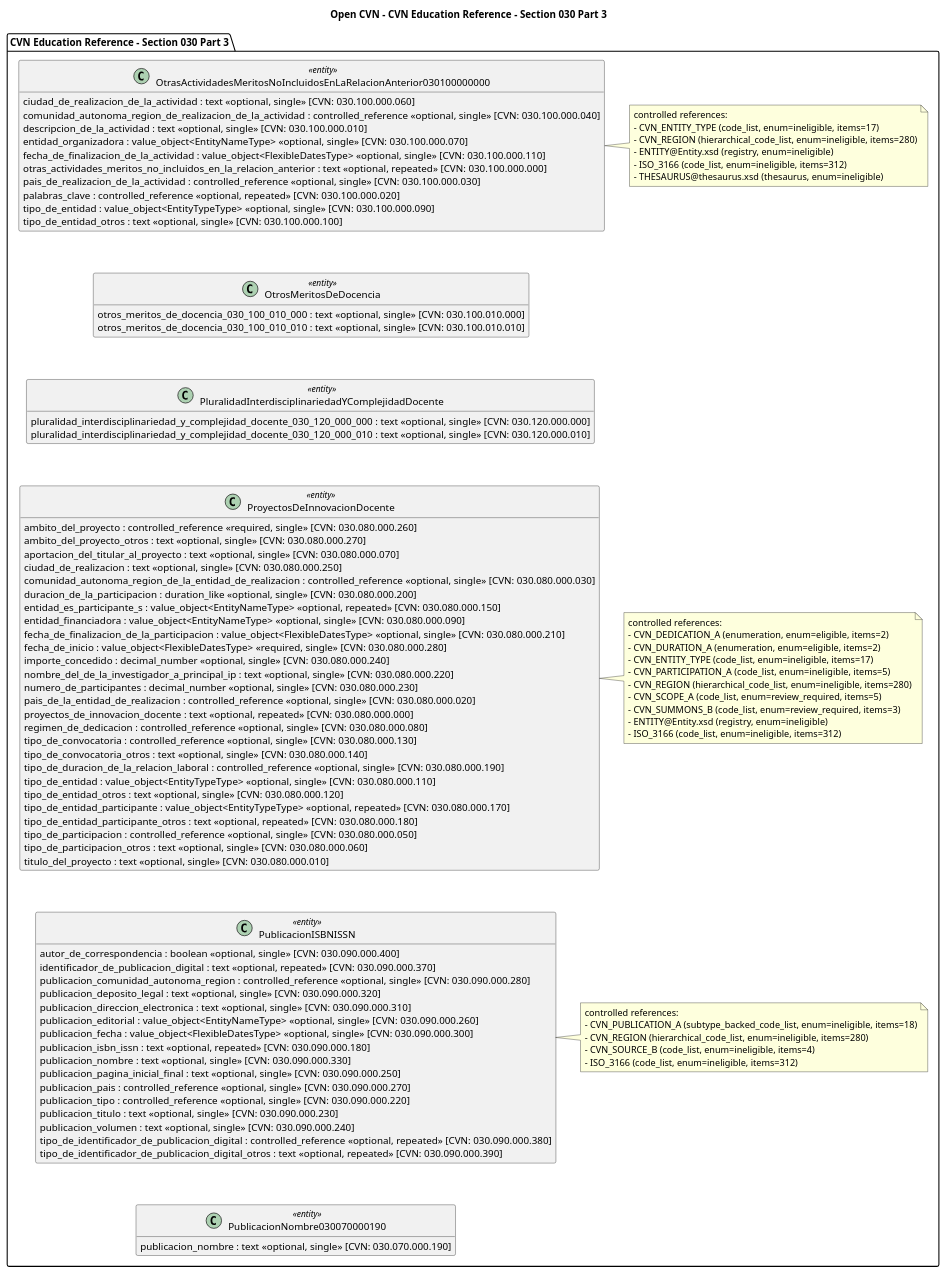
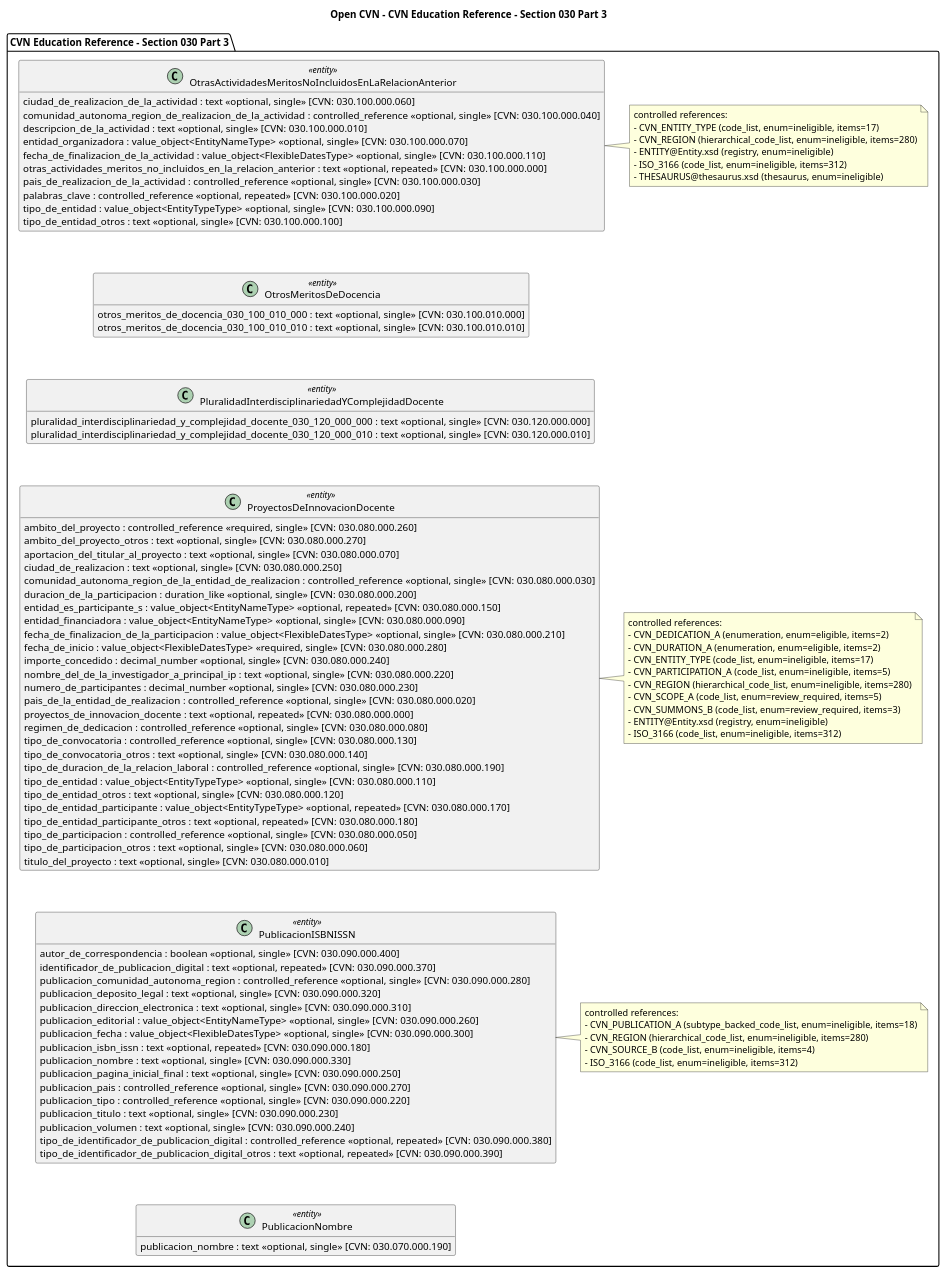
Before and after one commit to holt00/TFG-open-cvn-schema: the diagram in docs/diagrams/open_cvn_education_030_part_03_reference.puml, drawn with PlantUML. The commit also changed 49 other files, not shown here.

```diff
--- a/docs/diagrams/open_cvn_education_030_part_03_reference.puml
+++ b/docs/diagrams/open_cvn_education_030_part_03_reference.puml
@@ -1,121 +1,121 @@
 @startuml
 title Open CVN - CVN Education Reference - Section 030 Part 3
 
 skinparam classAttributeIconSize 0
 skinparam linetype ortho
 top to bottom direction
 hide empty members
 
 package "CVN Education Reference - Section 030 Part 3" as area_education_030_part_03_reference {
-class "OtrasActividadesMeritosNoIncluidosEnLaRelacionAnterior030100000000" as entity_education_otrasactividadesmeritosnoincluidosenlarelacionanterior030100000000_030_100_000_000 <<entity>> {
+class "OtrasActividadesMeritosNoIncluidosEnLaRelacionAnterior" as entity_education_otrasactividadesmeritosnoincluidosenlarelacionanterior030100000000_030_100_000_000 <<entity>> {
   ciudad_de_realizacion_de_la_actividad : text <<optional, single>> [CVN: 030.100.000.060]
   comunidad_autonoma_region_de_realizacion_de_la_actividad : controlled_reference <<optional, single>> [CVN: 030.100.000.040]
   descripcion_de_la_actividad : text <<optional, single>> [CVN: 030.100.000.010]
   entidad_organizadora : value_object<EntityNameType> <<optional, single>> [CVN: 030.100.000.070]
   fecha_de_finalizacion_de_la_actividad : value_object<FlexibleDatesType> <<optional, single>> [CVN: 030.100.000.110]
   otras_actividades_meritos_no_incluidos_en_la_relacion_anterior : text <<optional, repeated>> [CVN: 030.100.000.000]
   pais_de_realizacion_de_la_actividad : controlled_reference <<optional, single>> [CVN: 030.100.000.030]
   palabras_clave : controlled_reference <<optional, repeated>> [CVN: 030.100.000.020]
   tipo_de_entidad : value_object<EntityTypeType> <<optional, single>> [CVN: 030.100.000.090]
   tipo_de_entidad_otros : text <<optional, single>> [CVN: 030.100.000.100]
 }
 note right of entity_education_otrasactividadesmeritosnoincluidosenlarelacionanterior030100000000_030_100_000_000
 controlled references:
 - CVN_ENTITY_TYPE (code_list, enum=ineligible, items=17)
 - CVN_REGION (hierarchical_code_list, enum=ineligible, items=280)
 - ENTITY@Entity.xsd (registry, enum=ineligible)
 - ISO_3166 (code_list, enum=ineligible, items=312)
 - THESAURUS@thesaurus.xsd (thesaurus, enum=ineligible)
 end note
 
 class "OtrosMeritosDeDocencia" as entity_education_otrosmeritosdedocencia_030_100_010_000 <<entity>> {
   otros_meritos_de_docencia_030_100_010_000 : text <<optional, single>> [CVN: 030.100.010.000]
   otros_meritos_de_docencia_030_100_010_010 : text <<optional, single>> [CVN: 030.100.010.010]
 }
 
 class "PluralidadInterdisciplinariedadYComplejidadDocente" as entity_education_pluralidadinterdisciplinariedadycomplejidaddocente_030_120_000_000 <<entity>> {
   pluralidad_interdisciplinariedad_y_complejidad_docente_030_120_000_000 : text <<optional, single>> [CVN: 030.120.000.000]
   pluralidad_interdisciplinariedad_y_complejidad_docente_030_120_000_010 : text <<optional, single>> [CVN: 030.120.000.010]
 }
 
 class "ProyectosDeInnovacionDocente" as entity_education_proyectosdeinnovaciondocente_030_080_000_000 <<entity>> {
   ambito_del_proyecto : controlled_reference <<required, single>> [CVN: 030.080.000.260]
   ambito_del_proyecto_otros : text <<optional, single>> [CVN: 030.080.000.270]
   aportacion_del_titular_al_proyecto : text <<optional, single>> [CVN: 030.080.000.070]
   ciudad_de_realizacion : text <<optional, single>> [CVN: 030.080.000.250]
   comunidad_autonoma_region_de_la_entidad_de_realizacion : controlled_reference <<optional, single>> [CVN: 030.080.000.030]
   duracion_de_la_participacion : duration_like <<optional, single>> [CVN: 030.080.000.200]
   entidad_es_participante_s : value_object<EntityNameType> <<optional, repeated>> [CVN: 030.080.000.150]
   entidad_financiadora : value_object<EntityNameType> <<optional, single>> [CVN: 030.080.000.090]
   fecha_de_finalizacion_de_la_participacion : value_object<FlexibleDatesType> <<optional, single>> [CVN: 030.080.000.210]
   fecha_de_inicio : value_object<FlexibleDatesType> <<required, single>> [CVN: 030.080.000.280]
   importe_concedido : decimal_number <<optional, single>> [CVN: 030.080.000.240]
   nombre_del_de_la_investigador_a_principal_ip : text <<optional, single>> [CVN: 030.080.000.220]
   numero_de_participantes : decimal_number <<optional, single>> [CVN: 030.080.000.230]
   pais_de_la_entidad_de_realizacion : controlled_reference <<optional, single>> [CVN: 030.080.000.020]
   proyectos_de_innovacion_docente : text <<optional, repeated>> [CVN: 030.080.000.000]
   regimen_de_dedicacion : controlled_reference <<optional, single>> [CVN: 030.080.000.080]
   tipo_de_convocatoria : controlled_reference <<optional, single>> [CVN: 030.080.000.130]
   tipo_de_convocatoria_otros : text <<optional, single>> [CVN: 030.080.000.140]
   tipo_de_duracion_de_la_relacion_laboral : controlled_reference <<optional, single>> [CVN: 030.080.000.190]
   tipo_de_entidad : value_object<EntityTypeType> <<optional, single>> [CVN: 030.080.000.110]
   tipo_de_entidad_otros : text <<optional, single>> [CVN: 030.080.000.120]
   tipo_de_entidad_participante : value_object<EntityTypeType> <<optional, repeated>> [CVN: 030.080.000.170]
   tipo_de_entidad_participante_otros : text <<optional, repeated>> [CVN: 030.080.000.180]
   tipo_de_participacion : controlled_reference <<optional, single>> [CVN: 030.080.000.050]
   tipo_de_participacion_otros : text <<optional, single>> [CVN: 030.080.000.060]
   titulo_del_proyecto : text <<optional, single>> [CVN: 030.080.000.010]
 }
 note right of entity_education_proyectosdeinnovaciondocente_030_080_000_000
 controlled references:
 - CVN_DEDICATION_A (enumeration, enum=eligible, items=2)
 - CVN_DURATION_A (enumeration, enum=eligible, items=2)
 - CVN_ENTITY_TYPE (code_list, enum=ineligible, items=17)
 - CVN_PARTICIPATION_A (code_list, enum=ineligible, items=5)
 - CVN_REGION (hierarchical_code_list, enum=ineligible, items=280)
 - CVN_SCOPE_A (code_list, enum=review_required, items=5)
 - CVN_SUMMONS_B (code_list, enum=review_required, items=3)
 - ENTITY@Entity.xsd (registry, enum=ineligible)
 - ISO_3166 (code_list, enum=ineligible, items=312)
 end note
 
 class "PublicacionISBNISSN" as entity_education_publicacionisbnissn_030_090_000_220 <<entity>> {
   autor_de_correspondencia : boolean <<optional, single>> [CVN: 030.090.000.400]
   identificador_de_publicacion_digital : text <<optional, repeated>> [CVN: 030.090.000.370]
   publicacion_comunidad_autonoma_region : controlled_reference <<optional, single>> [CVN: 030.090.000.280]
   publicacion_deposito_legal : text <<optional, single>> [CVN: 030.090.000.320]
   publicacion_direccion_electronica : text <<optional, single>> [CVN: 030.090.000.310]
   publicacion_editorial : value_object<EntityNameType> <<optional, single>> [CVN: 030.090.000.260]
   publicacion_fecha : value_object<FlexibleDatesType> <<optional, single>> [CVN: 030.090.000.300]
   publicacion_isbn_issn : text <<optional, repeated>> [CVN: 030.090.000.180]
   publicacion_nombre : text <<optional, single>> [CVN: 030.090.000.330]
   publicacion_pagina_inicial_final : text <<optional, single>> [CVN: 030.090.000.250]
   publicacion_pais : controlled_reference <<optional, single>> [CVN: 030.090.000.270]
   publicacion_tipo : controlled_reference <<optional, single>> [CVN: 030.090.000.220]
   publicacion_titulo : text <<optional, single>> [CVN: 030.090.000.230]
   publicacion_volumen : text <<optional, single>> [CVN: 030.090.000.240]
   tipo_de_identificador_de_publicacion_digital : controlled_reference <<optional, repeated>> [CVN: 030.090.000.380]
   tipo_de_identificador_de_publicacion_digital_otros : text <<optional, repeated>> [CVN: 030.090.000.390]
 }
 note right of entity_education_publicacionisbnissn_030_090_000_220
 controlled references:
 - CVN_PUBLICATION_A (subtype_backed_code_list, enum=ineligible, items=18)
 - CVN_REGION (hierarchical_code_list, enum=ineligible, items=280)
 - CVN_SOURCE_B (code_list, enum=ineligible, items=4)
 - ISO_3166 (code_list, enum=ineligible, items=312)
 end note
 
-class "PublicacionNombre030070000190" as entity_education_publicacionnombre030070000190_030_070_000_190 <<entity>> {
+class "PublicacionNombre" as entity_education_publicacionnombre030070000190_030_070_000_190 <<entity>> {
   publicacion_nombre : text <<optional, single>> [CVN: 030.070.000.190]
 }
 
 }
 
 entity_education_otrasactividadesmeritosnoincluidosenlarelacionanterior030100000000_030_100_000_000 -[hidden]down-> entity_education_otrosmeritosdedocencia_030_100_010_000
 entity_education_otrosmeritosdedocencia_030_100_010_000 -[hidden]down-> entity_education_pluralidadinterdisciplinariedadycomplejidaddocente_030_120_000_000
 entity_education_pluralidadinterdisciplinariedadycomplejidaddocente_030_120_000_000 -[hidden]down-> entity_education_proyectosdeinnovaciondocente_030_080_000_000
 entity_education_proyectosdeinnovaciondocente_030_080_000_000 -[hidden]down-> entity_education_publicacionisbnissn_030_090_000_220
 entity_education_publicacionisbnissn_030_090_000_220 -[hidden]down-> entity_education_publicacionnombre030070000190_030_070_000_190
 
 
 @enduml
```
